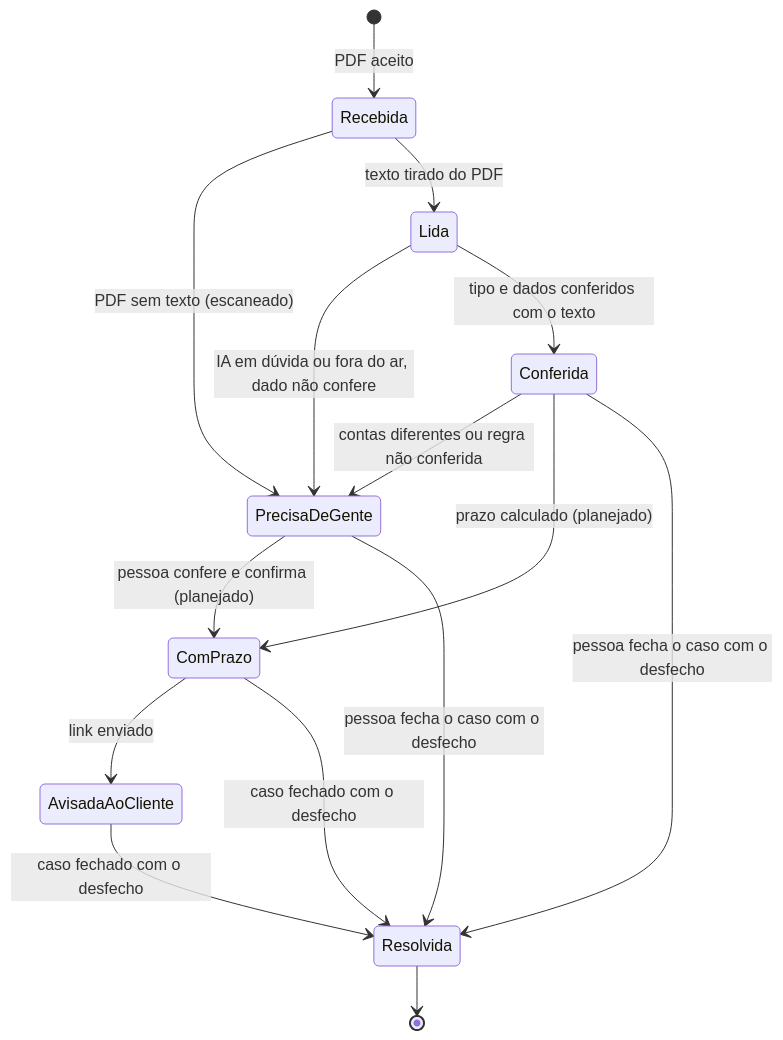
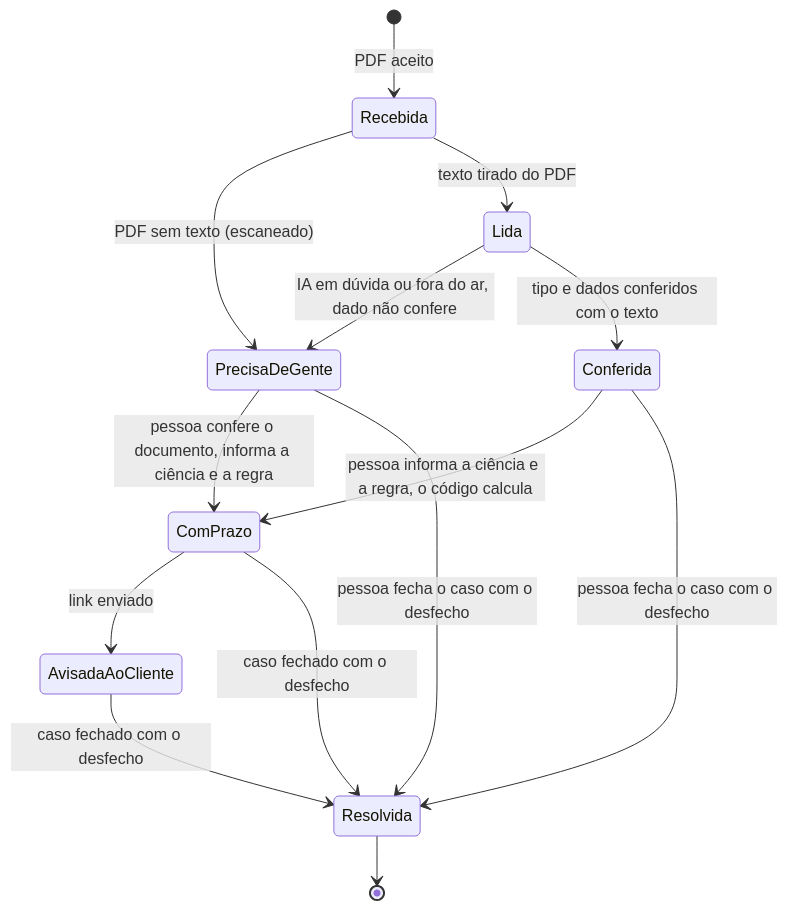
Before and after one commit to namtech-agents/atalaia: the seventh of 8 diagrams in docs/04-arquitetura/arquitetura.md, drawn with Mermaid. The commit also changed other lines of this file and 1 other file, not shown here.

Commit message:
docs: prazo na tela nos diagramas e no README (#75)

````diff
--- a/docs/04-arquitetura/arquitetura.md
+++ b/docs/04-arquitetura/arquitetura.md
@@ -429,17 +474,16 @@
 ```mermaid
 stateDiagram-v2
     [*] --> Recebida: PDF aceito
     Recebida --> PrecisaDeGente: PDF sem texto (escaneado)
     Recebida --> Lida: texto tirado do PDF
     Lida --> PrecisaDeGente: IA em dúvida ou fora do ar, dado não confere
     Lida --> Conferida: tipo e dados conferidos com o texto
-    Conferida --> PrecisaDeGente: contas diferentes ou regra não conferida
-    Conferida --> ComPrazo: prazo calculado (planejado)
-    PrecisaDeGente --> ComPrazo: pessoa confere e confirma (planejado)
+    Conferida --> ComPrazo: pessoa informa a ciência e a regra, o código calcula
+    PrecisaDeGente --> ComPrazo: pessoa confere o documento, informa a ciência e a regra
     PrecisaDeGente --> Resolvida: pessoa fecha o caso com o desfecho
     Conferida --> Resolvida: pessoa fecha o caso com o desfecho
     ComPrazo --> AvisadaAoCliente: link enviado
     AvisadaAoCliente --> Resolvida: caso fechado com o desfecho
     ComPrazo --> Resolvida: caso fechado com o desfecho
     Resolvida --> [*]
 ```
````
